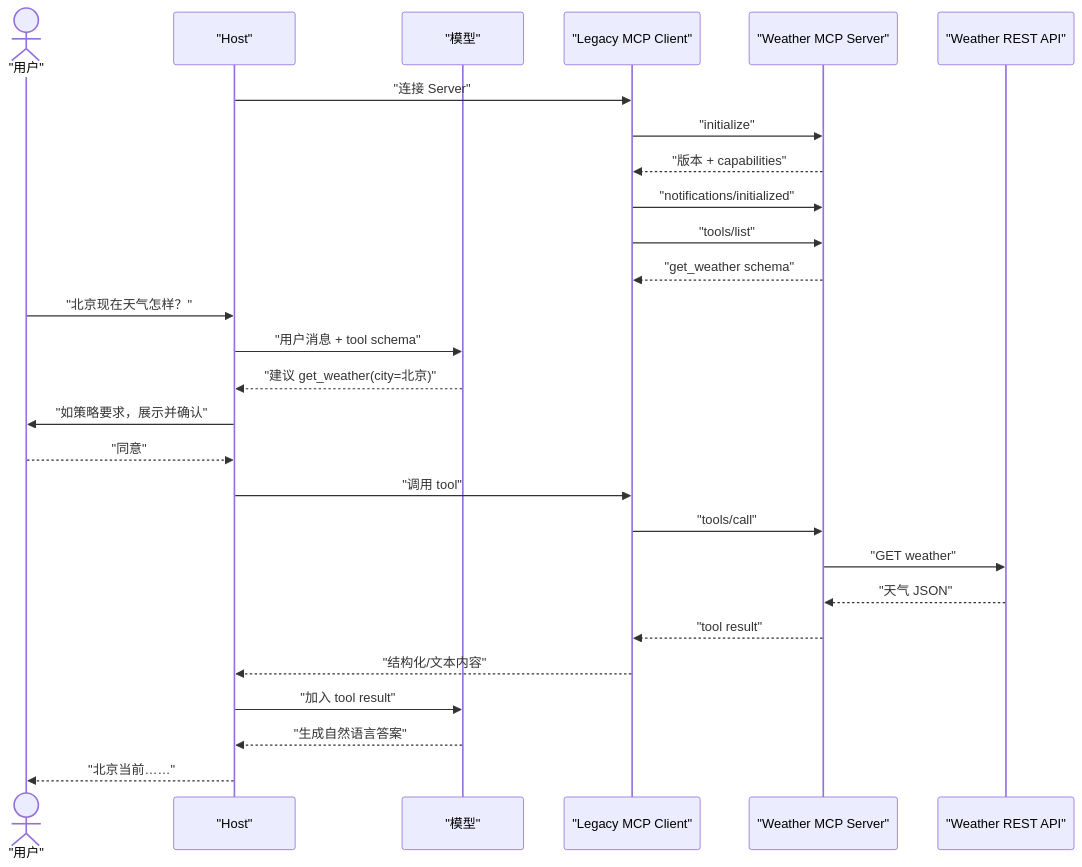
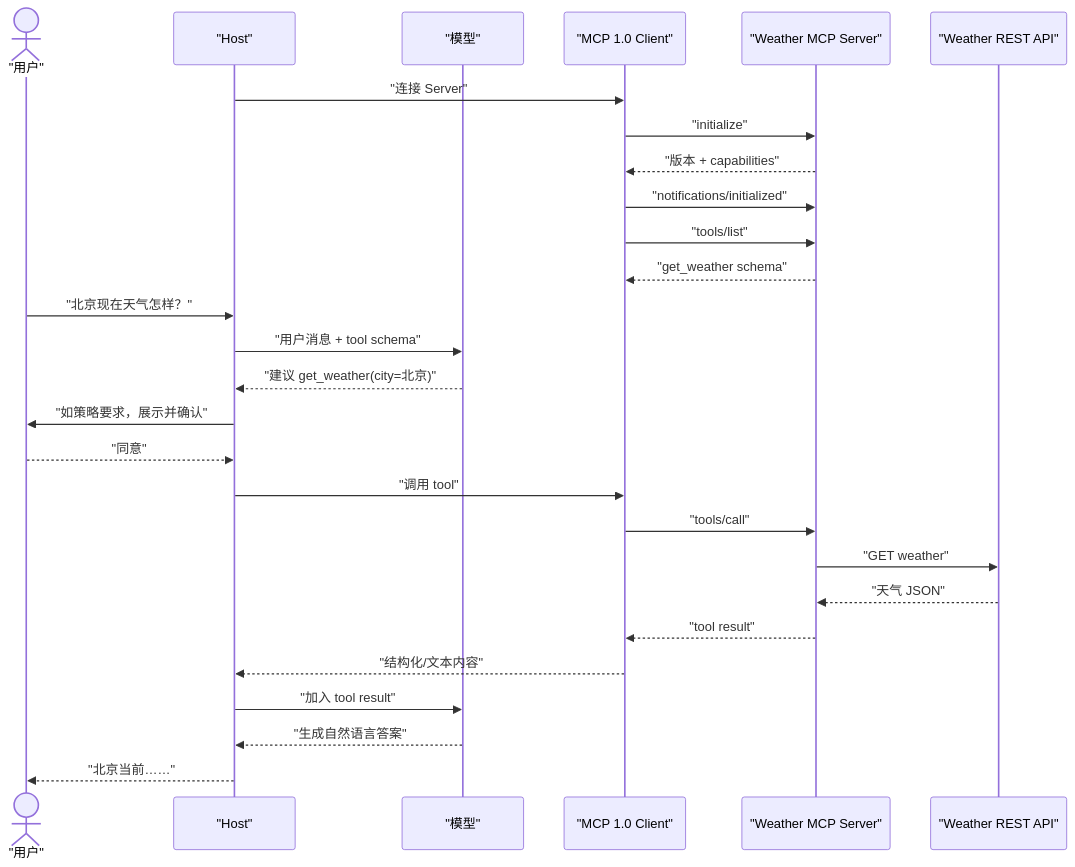
Diagram 15 of 27 in mcp-2.0/MCP_2_0_Research.md (caiboyang/ML-learning), drawn with Mermaid before and after one commit. The commit also changed other lines of this file and 2 other files, not shown here.

Commit message:
Address MCP guide audit feedback

````diff
--- a/mcp-2.0/MCP_2_0_Research.md
+++ b/mcp-2.0/MCP_2_0_Research.md
@@ -1250,29 +1356,29 @@
 ```mermaid
 sequenceDiagram
     actor U as "用户"
     participant H as "Host"
     participant M as "模型"
-    participant C as "Legacy MCP Client"
+    participant C as "MCP 1.0 Client"
     participant S as "Weather MCP Server"
     participant A as "Weather REST API"
     H->>C: "连接 Server"
     C->>S: "initialize"
     S-->>C: "版本 + capabilities"
     C->>S: "notifications/initialized"
     C->>S: "tools/list"
     S-->>C: "get_weather schema"
     U->>H: "北京现在天气怎样？"
     H->>M: "用户消息 + tool schema"
     M-->>H: "建议 get_weather(city=北京)"
     H->>U: "如策略要求，展示并确认"
     U-->>H: "同意"
     H->>C: "调用 tool"
     C->>S: "tools/call"
     S->>A: "GET weather"
     A-->>S: "天气 JSON"
     S-->>C: "tool result"
     C-->>H: "结构化/文本内容"
     H->>M: "加入 tool result"
     M-->>H: "生成自然语言答案"
     H-->>U: "北京当前……"
 ```
````
